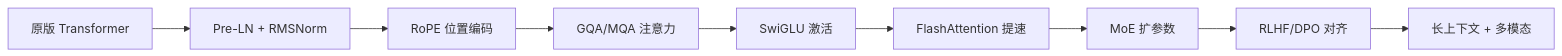
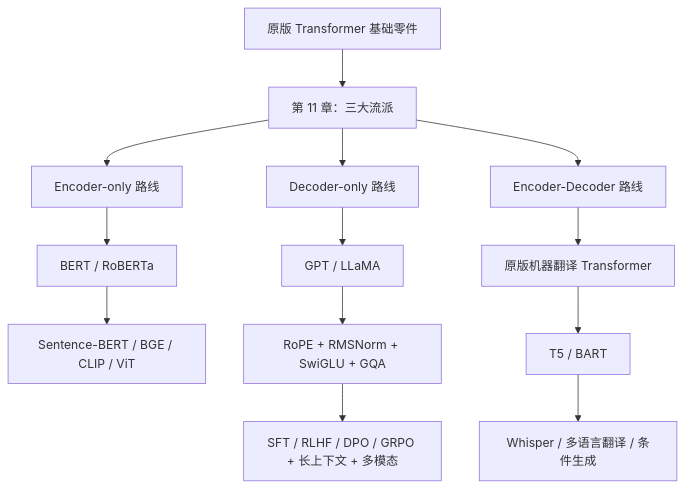
One commit to bertowang/StudyNotes changed diagram 12 of 12 in Transformer框架学习-初学者版.md. Above: the diagram before and after it, drawn with Mermaid. The commit also changed other lines of this file, not shown here.

````diff
--- a/Transformer框架学习-初学者版.md
+++ b/Transformer框架学习-初学者版.md
@@ -1882,11 +2290,18 @@
 ```mermaid
-graph LR
-    A[原版 Transformer] --> B[Pre-LN + RMSNorm]
-    B --> C[RoPE 位置编码]
-    C --> D[GQA/MQA 注意力]
-    D --> E[SwiGLU 激活]
-    E --> F[FlashAttention 提速]
-    F --> G[MoE 扩参数]
-    G --> H[RLHF/DPO 对齐]
-    H --> I[长上下文 + 多模态]
+graph TD
+    A[原版 Transformer 基础零件] --> B[第 11 章：三大流派]
+    B --> C[Encoder-only 路线]
+    B --> D[Decoder-only 路线]
+    B --> E[Encoder-Decoder 路线]
+
+    C --> C1[BERT / RoBERTa]
+    C1 --> C2[Sentence-BERT / BGE / CLIP / ViT]
+
+    D --> D1[GPT / LLaMA]
+    D1 --> D2[RoPE + RMSNorm + SwiGLU + GQA]
+    D2 --> D3[SFT / RLHF / DPO / GRPO + 长上下文 + 多模态]
+
+    E --> E1[原版机器翻译 Transformer]
+    E1 --> E2[T5 / BART]
+    E2 --> E3[Whisper / 多语言翻译 / 条件生成]
 ```
````
